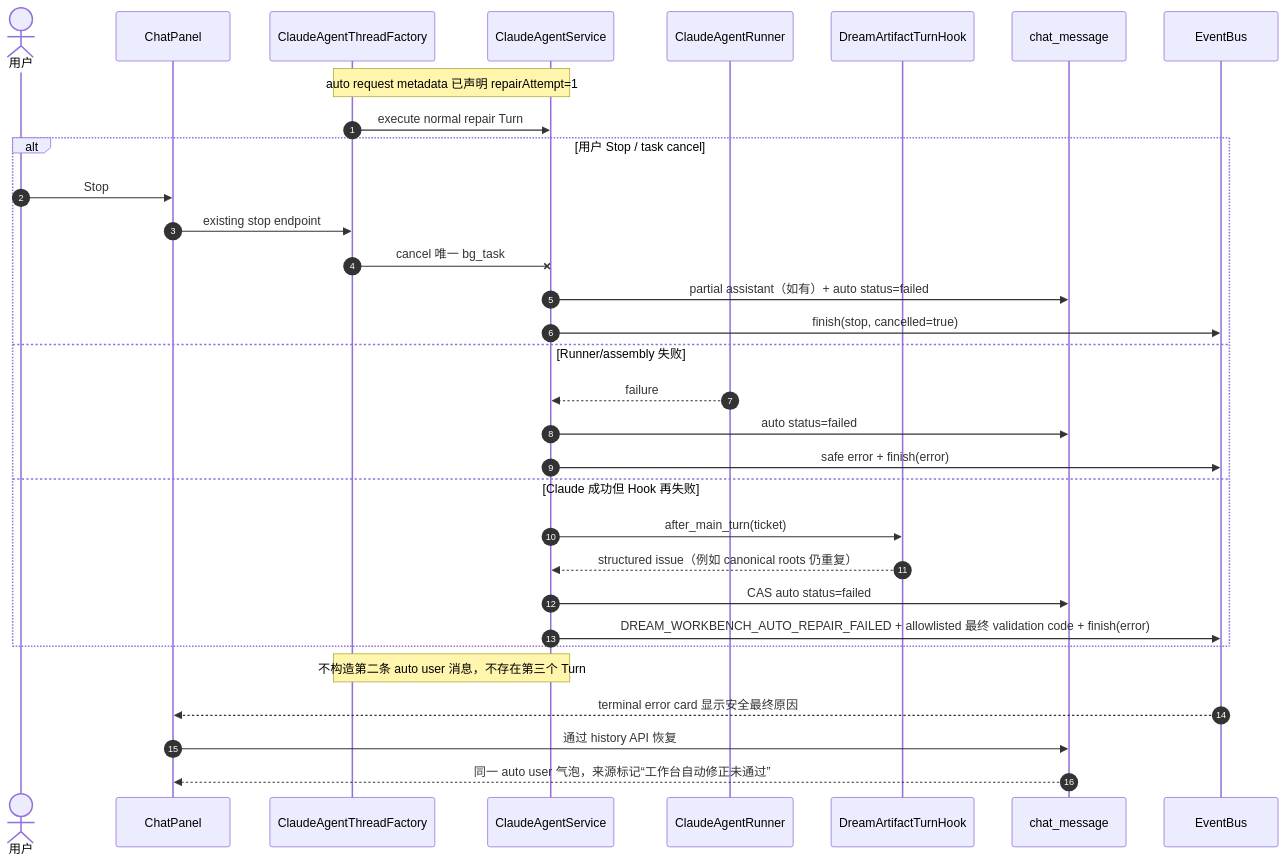
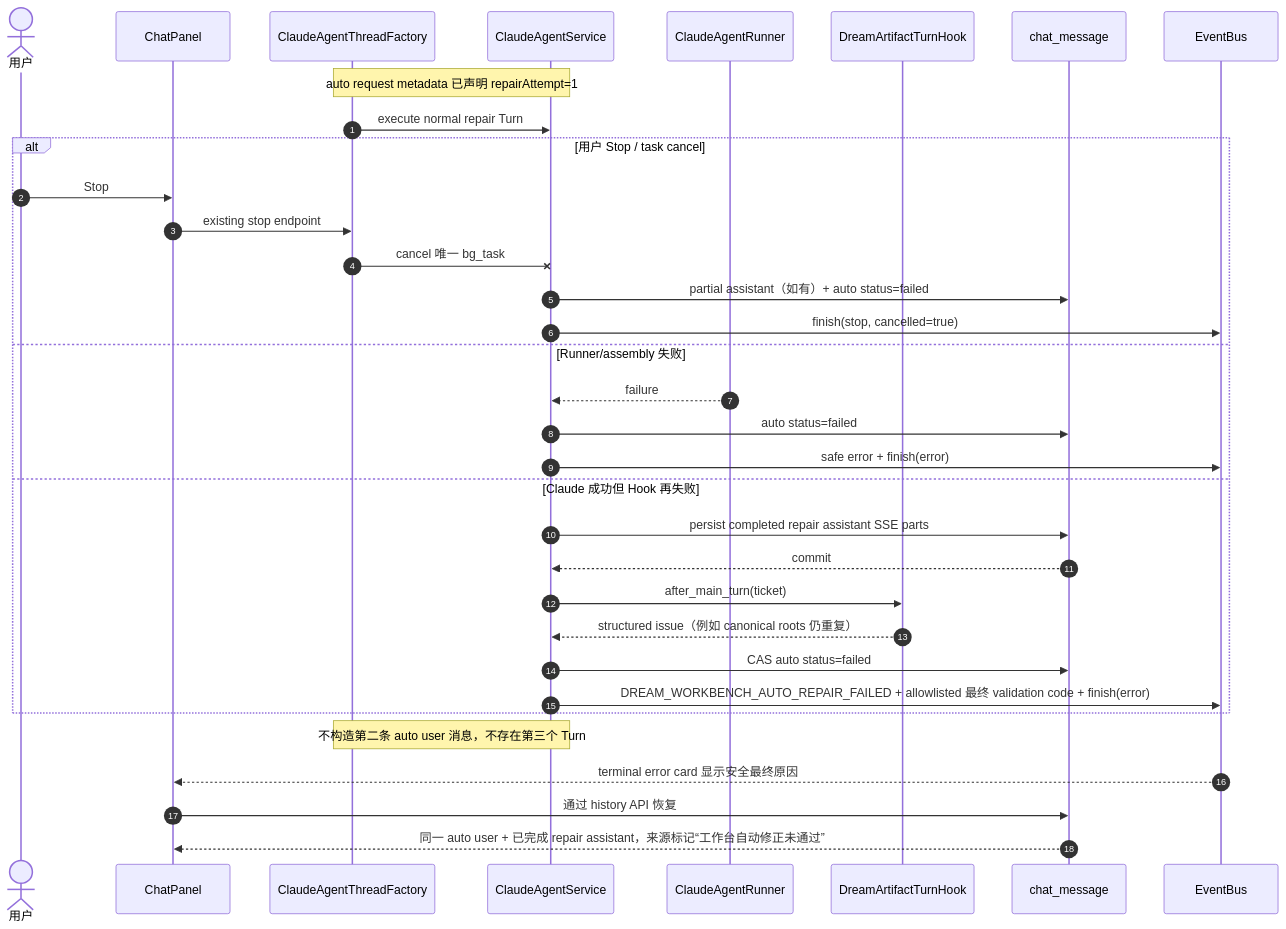
One commit to glide-the/im-dream changed the fourth of 5 diagrams in docs/design/claude-agent/dream-workbench-auto-repair-sequence.md. Above: the diagram before and after it, drawn with Mermaid. The commit also changed other lines of this file and 17 other files, not shown here.

Commit message:
fix(dream): persist assistant before post-hook

````diff
--- a/docs/design/claude-agent/dream-workbench-auto-repair-sequence.md
+++ b/docs/design/claude-agent/dream-workbench-auto-repair-sequence.md
@@ -188,35 +191,37 @@
 ```mermaid
 sequenceDiagram
     autonumber
     actor User as 用户
     participant UI as ChatPanel
     participant Factory as ClaudeAgentThreadFactory
     participant Service as ClaudeAgentService
     participant Claude as ClaudeAgentRunner
     participant Hook as DreamArtifactTurnHook
     participant DB as chat_message
     participant Bus as EventBus
 
     Note over Factory,Service: auto request metadata 已声明 repairAttempt=1
     Factory->>Service: execute normal repair Turn
     alt 用户 Stop / task cancel
         User->>UI: Stop
         UI->>Factory: existing stop endpoint
         Factory-xService: cancel 唯一 bg_task
         Service->>DB: partial assistant（如有）+ auto status=failed
         Service->>Bus: finish(stop, cancelled=true)
     else Runner/assembly 失败
         Claude-->>Service: failure
         Service->>DB: auto status=failed
         Service->>Bus: safe error + finish(error)
     else Claude 成功但 Hook 再失败
+        Service->>DB: persist completed repair assistant SSE parts
+        DB-->>Service: commit
         Service->>Hook: after_main_turn(ticket)
         Hook-->>Service: structured issue（例如 canonical roots 仍重复）
         Service->>DB: CAS auto status=failed
         Service->>Bus: DREAM_WORKBENCH_AUTO_REPAIR_FAILED + allowlisted 最终 validation code + finish(error)
     end
     Note over Service,Factory: 不构造第二条 auto user 消息，不存在第三个 Turn
     Bus-->>UI: terminal error card 显示安全最终原因
     UI->>DB: 通过 history API 恢复
-    DB-->>UI: 同一 auto user 气泡，来源标记“工作台自动修正未通过”
+    DB-->>UI: 同一 auto user + 已完成 repair assistant，来源标记“工作台自动修正未通过”
 ```
````
